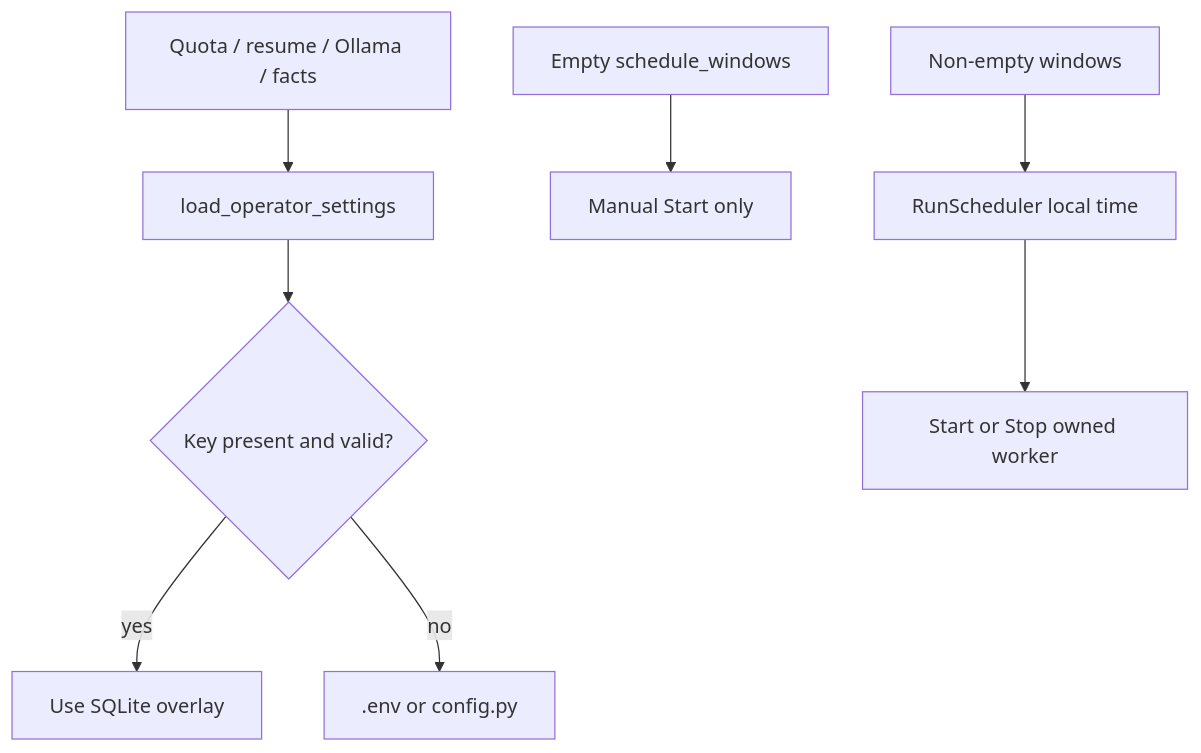
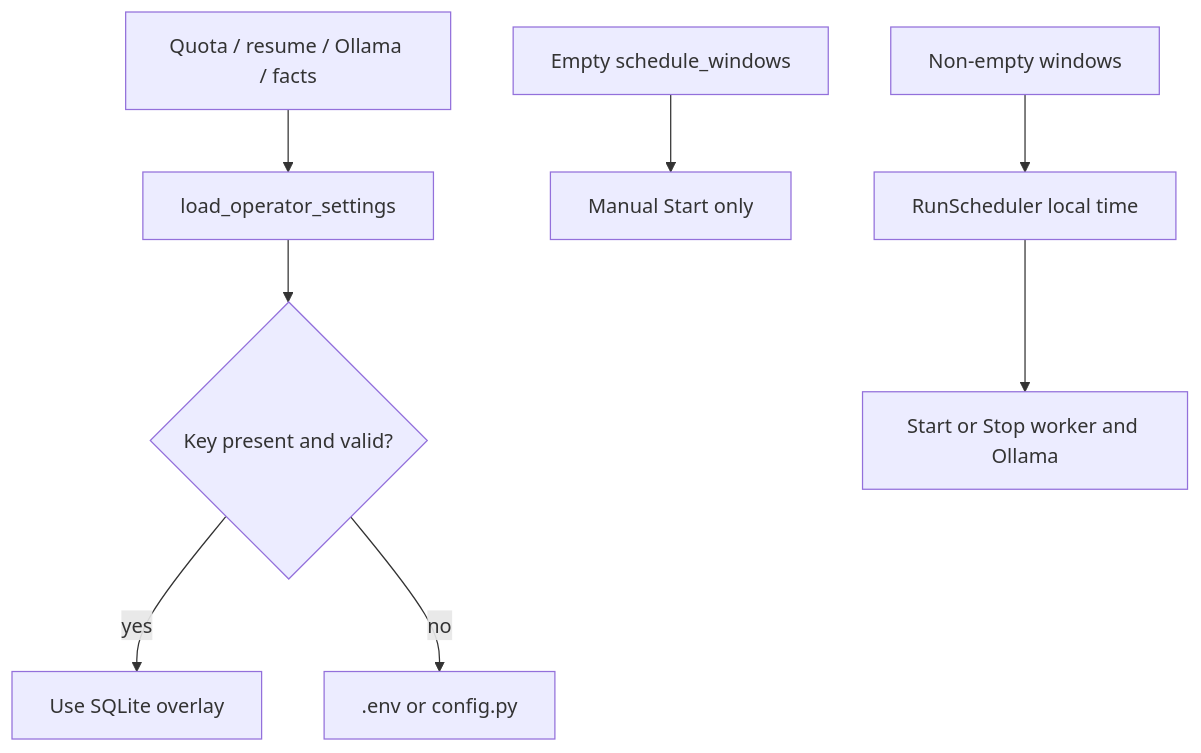
The second of 2 diagrams in docs/configuration.md (TapiwaChikwenya/linkedin-application-bot), drawn with Mermaid before and after one commit. The commit also changed other lines of this file and 47 other files, not shown here.

````diff
--- a/docs/configuration.md
+++ b/docs/configuration.md
@@ -169,10 +172,10 @@
 ```mermaid
 flowchart TD
   A[Quota / resume / Ollama / facts] --> B[load_operator_settings]
   B --> C{Key present and valid?}
   C -->|yes| D[Use SQLite overlay]
   C -->|no| E[.env or config.py]
   F[Empty schedule_windows] --> G[Manual Start only]
   H[Non-empty windows] --> I[RunScheduler local time]
-  I --> J[Start or Stop owned worker]
+  I --> J[Start or Stop worker and Ollama]
 ```
````
